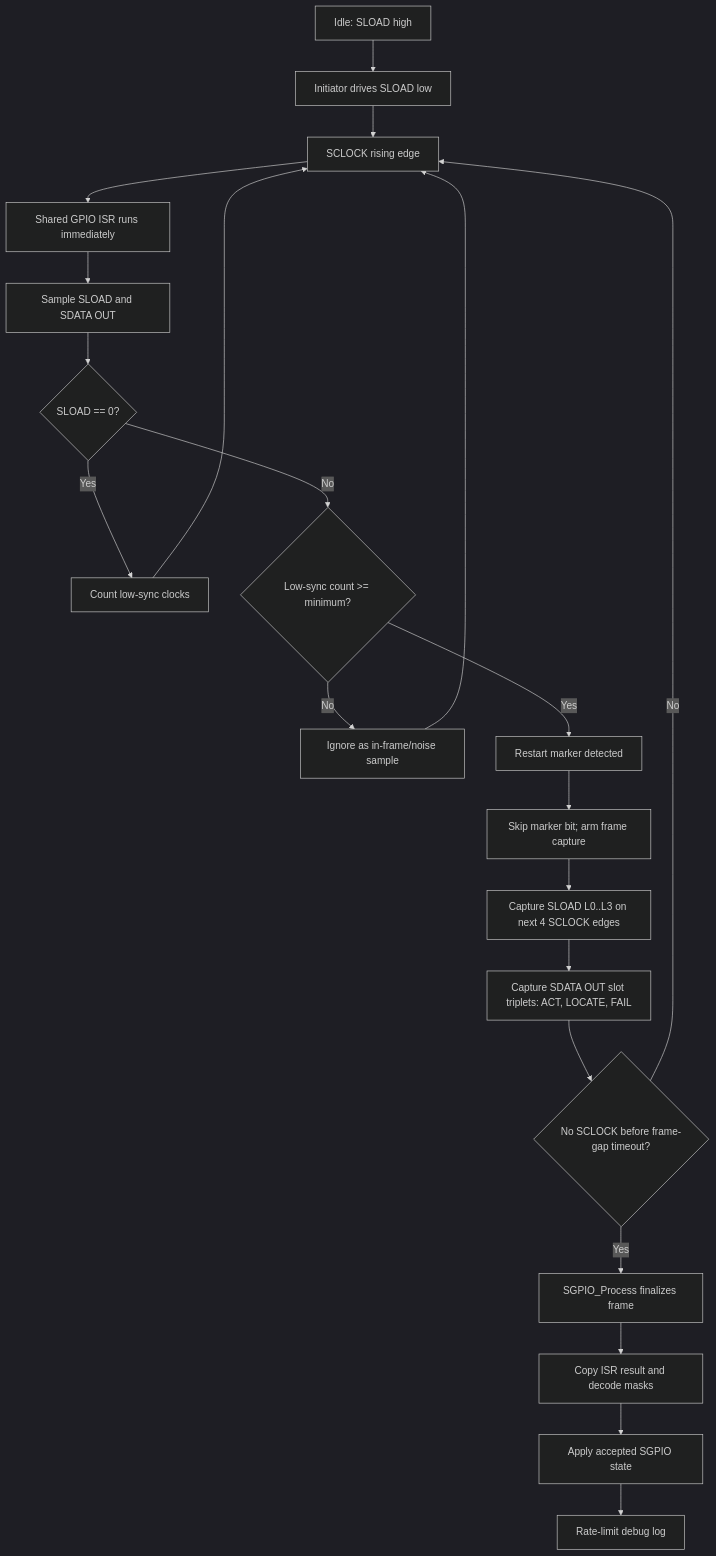
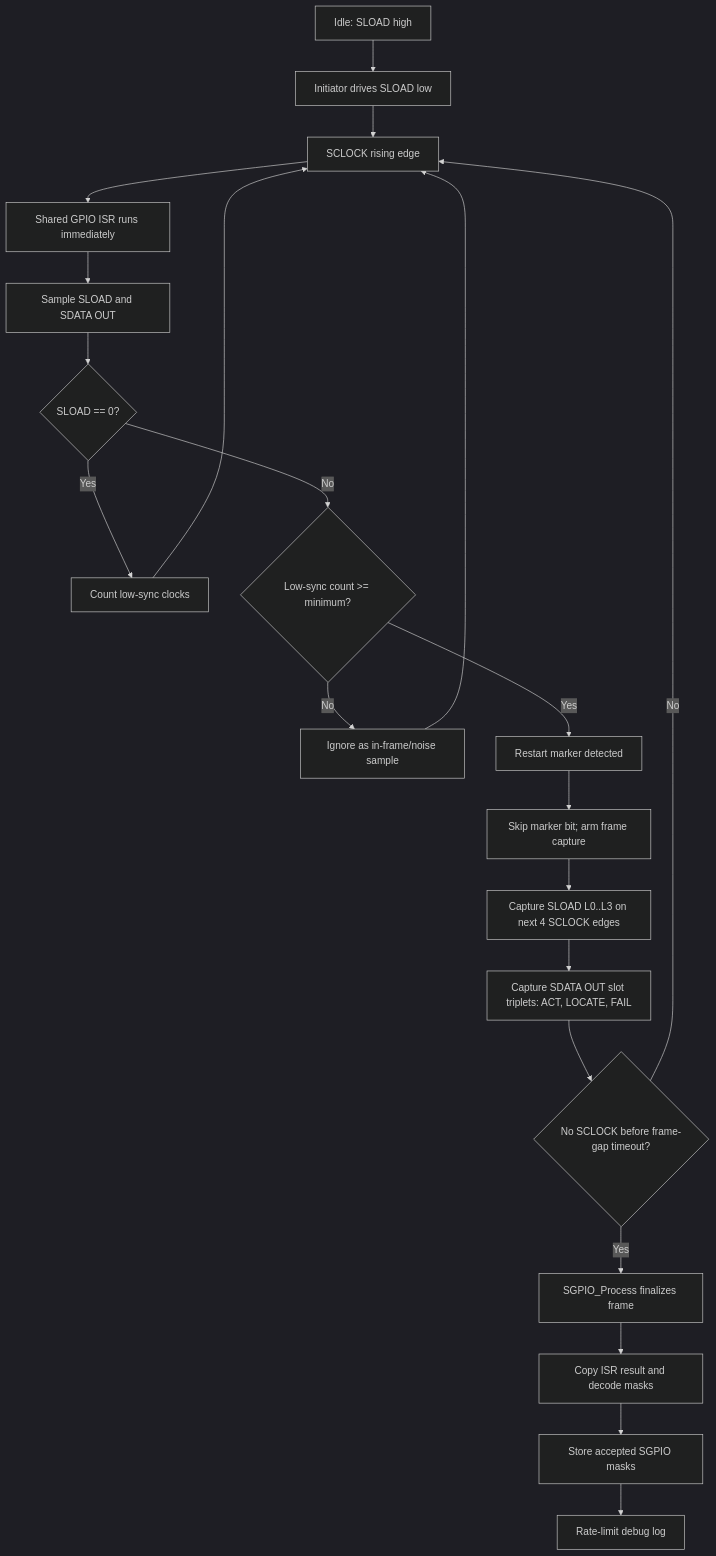
One commit to released/M031BSP_Software_SGPIO_I2C_Slave changed the fourth of 4 diagrams in README.md. Above: the diagram before and after it, drawn with Mermaid (dark theme). The commit also changed other lines of this file and 40 other files, not shown here.

````diff
--- a/README.md
+++ b/README.md
@@ -327,23 +305,23 @@
 ```mermaid
 flowchart TD
     A["Idle: SLOAD high"] --> B["Initiator drives SLOAD low"]
     B --> C["SCLOCK rising edge"]
     C --> D["Shared GPIO ISR runs immediately"]
     D --> E["Sample SLOAD and SDATA OUT"]
     E --> F{"SLOAD == 0?"}
     F -->|Yes| G["Count low-sync clocks"]
     G --> C
     F -->|No| H{"Low-sync count >= minimum?"}
     H -->|No| I["Ignore as in-frame/noise sample"]
     I --> C
     H -->|Yes| J["Restart marker detected"]
     J --> K["Skip marker bit; arm frame capture"]
     K --> L["Capture SLOAD L0..L3 on next 4 SCLOCK edges"]
     L --> M["Capture SDATA OUT slot triplets: ACT, LOCATE, FAIL"]
     M --> N{"No SCLOCK before frame-gap timeout?"}
     N -->|No| C
     N -->|Yes| O["SGPIO_Process finalizes frame"]
     O --> P["Copy ISR result and decode masks"]
-    P --> Q["Apply accepted SGPIO state"]
+    P --> Q["Store accepted SGPIO masks"]
     Q --> R["Rate-limit debug log"]
 ```
````
